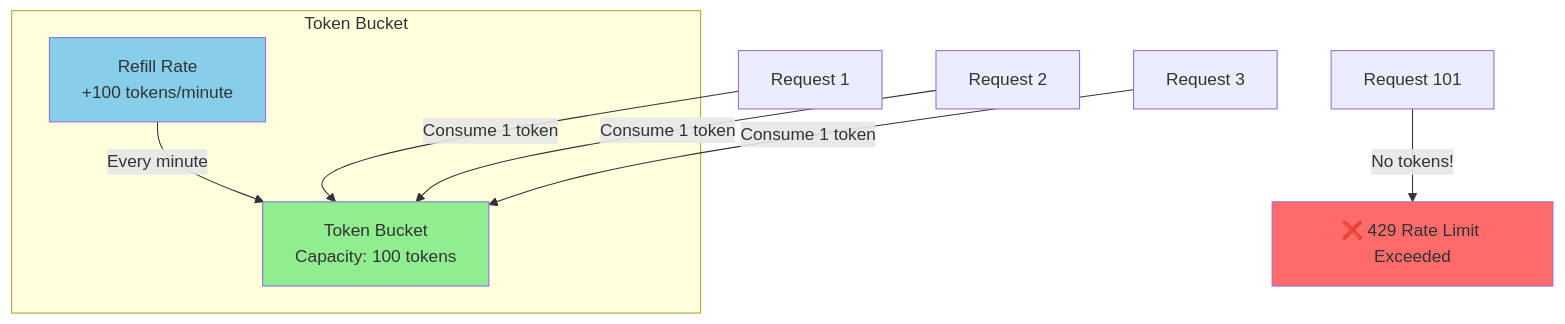
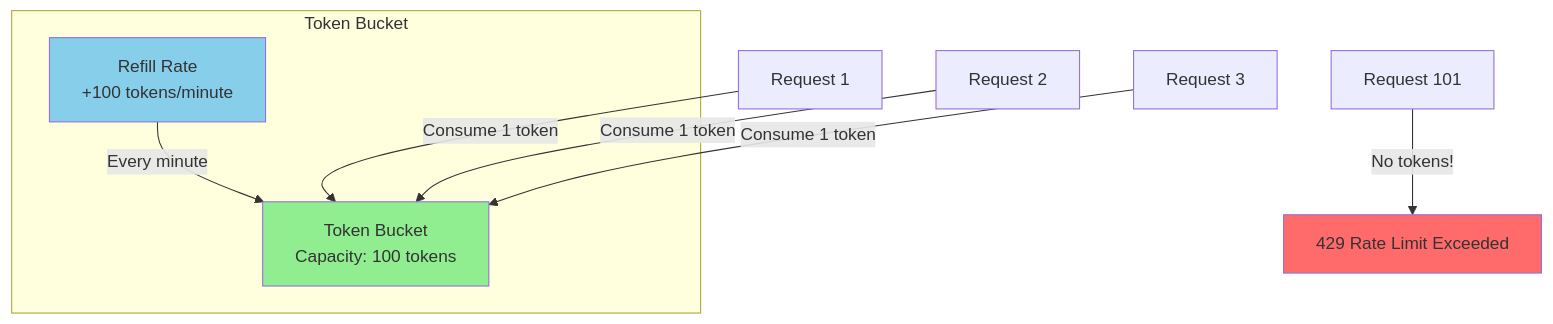
Diagram 11 of 13 in A2A_PROTOCOL_SECURITY_TECHNICAL.md (jaafar-benabderrazak/ca_a2a), drawn with Mermaid before and after one commit. The commit also changed other lines of this file and 19 other files, not shown here.

````diff
--- a/A2A_PROTOCOL_SECURITY_TECHNICAL.md
+++ b/A2A_PROTOCOL_SECURITY_TECHNICAL.md
@@ -1117,18 +1117,18 @@
 ```mermaid
 graph TB
-    subgraph "Token Bucket"
-        Bucket[Token Bucket<br/>Capacity: 100 tokens]
-        Refill[Refill Rate<br/>+100 tokens/minute]
-    end
-    
-    Request1[Request 1] -->|Consume 1 token| Bucket
-    Request2[Request 2] -->|Consume 1 token| Bucket
-    Request3[Request 3] -->|Consume 1 token| Bucket
-    RequestN[Request 101] -->|No tokens!| Reject[❌ 429 Rate Limit Exceeded]
-    
-    Refill -->|Every minute| Bucket
-    
-    style Bucket fill:#90EE90
-    style Refill fill:#87CEEB
-    style Reject fill:#FF6B6B
+ subgraph "Token Bucket"
+ Bucket[Token Bucket<br/>Capacity: 100 tokens]
+ Refill[Refill Rate<br/>+100 tokens/minute]
+ end
+ 
+ Request1[Request 1] -->|Consume 1 token| Bucket
+ Request2[Request 2] -->|Consume 1 token| Bucket
+ Request3[Request 3] -->|Consume 1 token| Bucket
+ RequestN[Request 101] -->|No tokens!| Reject[ 429 Rate Limit Exceeded]
+ 
+ Refill -->|Every minute| Bucket
+ 
+ style Bucket fill:#90EE90
+ style Refill fill:#87CEEB
+ style Reject fill:#FF6B6B
 ```
````
